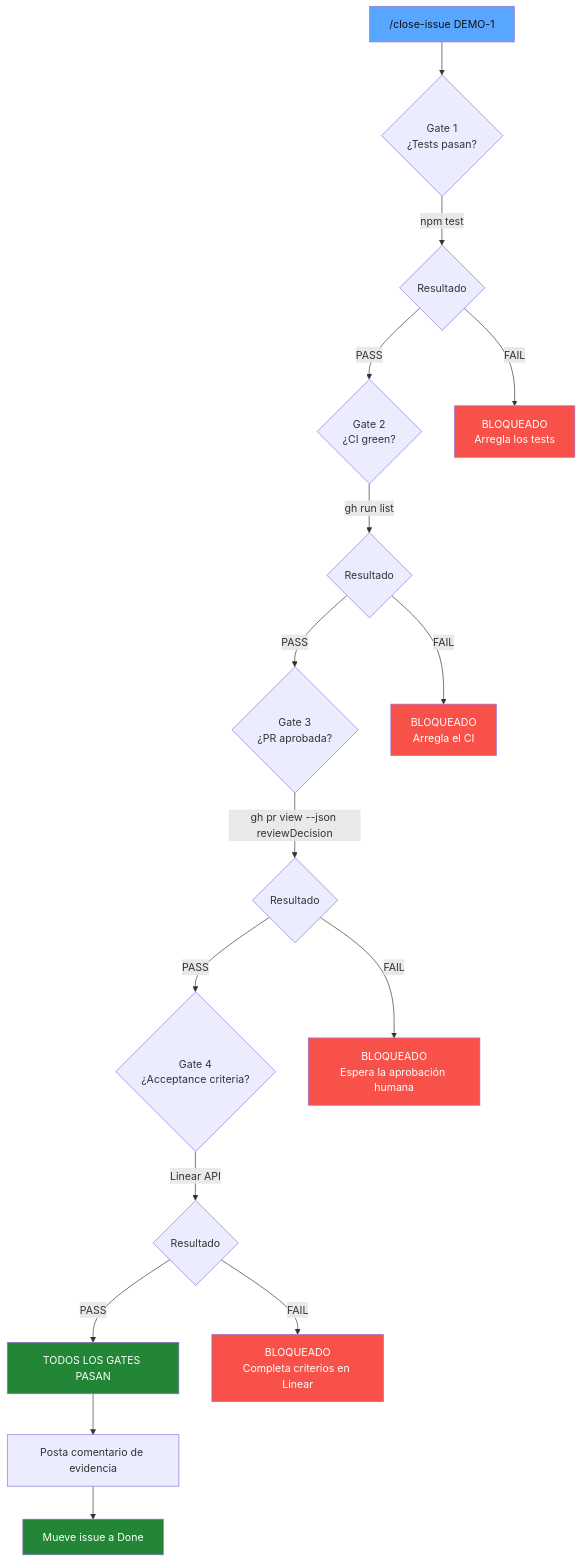
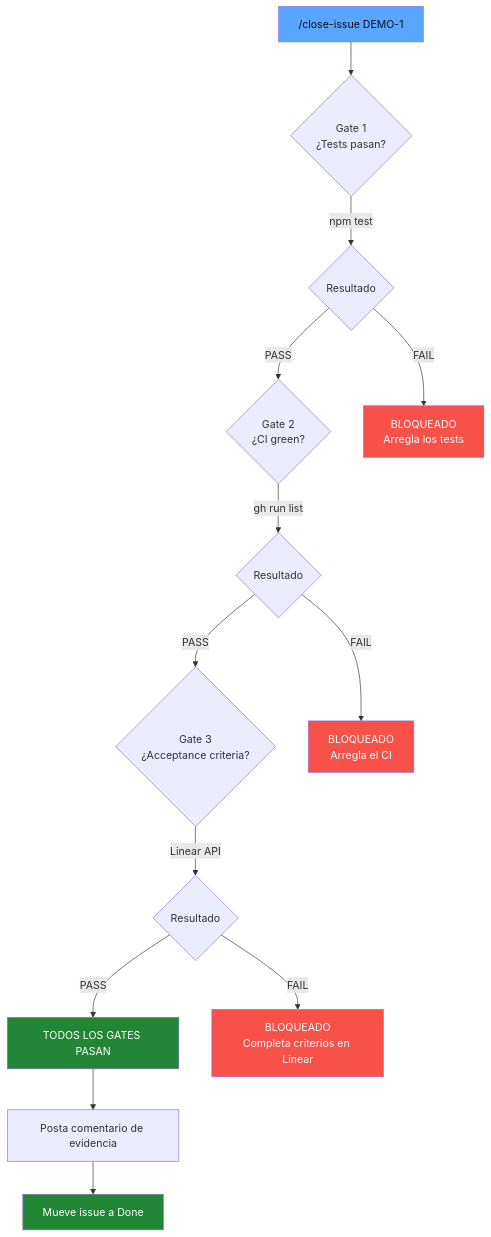
Before and after one commit to GACONET/harness-driven-dev: the third of 6 diagrams in docs/architecture.es.md, drawn with Mermaid. The commit also changed other lines of this file and 28 other files, not shown here.

````diff
--- a/docs/architecture.es.md
+++ b/docs/architecture.es.md
@@ -102,30 +100,25 @@
 ```mermaid
 flowchart TD
     START["/close-issue DEMO-1"] --> G1{"Gate 1<br/>¿Tests pasan?"}
     G1 -->|"npm test"| G1R{Resultado}
     G1R -->|PASS| G2{"Gate 2<br/>¿CI green?"}
     G1R -->|FAIL| BLOCKED["BLOQUEADO<br/>Arregla los tests"]
 
     G2 -->|"gh run list"| G2R{Resultado}
-    G2R -->|PASS| G3{"Gate 3<br/>¿PR aprobada?"}
+    G2R -->|PASS| G3{"Gate 3<br/>¿Acceptance criteria?"}
     G2R -->|FAIL| BLOCKED2["BLOQUEADO<br/>Arregla el CI"]
 
-    G3 -->|"gh pr view --json reviewDecision"| G3R{Resultado}
-    G3R -->|PASS| G4{"Gate 4<br/>¿Acceptance criteria?"}
-    G3R -->|FAIL| BLOCKED3["BLOQUEADO<br/>Espera la aprobación humana"]
-
-    G4 -->|"Linear API"| G4R{Resultado}
-    G4R -->|PASS| CLOSE["TODOS LOS GATES PASAN"]
-    G4R -->|FAIL| BLOCKED4["BLOQUEADO<br/>Completa criterios en Linear"]
+    G3 -->|"Linear API"| G3R{Resultado}
+    G3R -->|PASS| CLOSE["TODOS LOS GATES PASAN"]
+    G3R -->|FAIL| BLOCKED3["BLOQUEADO<br/>Completa criterios en Linear"]
 
     CLOSE --> EVIDENCE["Posta comentario de evidencia"]
     EVIDENCE --> DONE["Mueve issue a Done"]
 
     style START fill:#58a6ff,color:#0d1117
     style BLOCKED fill:#f85149,color:#fff
     style BLOCKED2 fill:#f85149,color:#fff
     style BLOCKED3 fill:#f85149,color:#fff
-    style BLOCKED4 fill:#f85149,color:#fff
     style CLOSE fill:#238636,color:#fff
     style DONE fill:#238636,color:#fff
 ```
````
